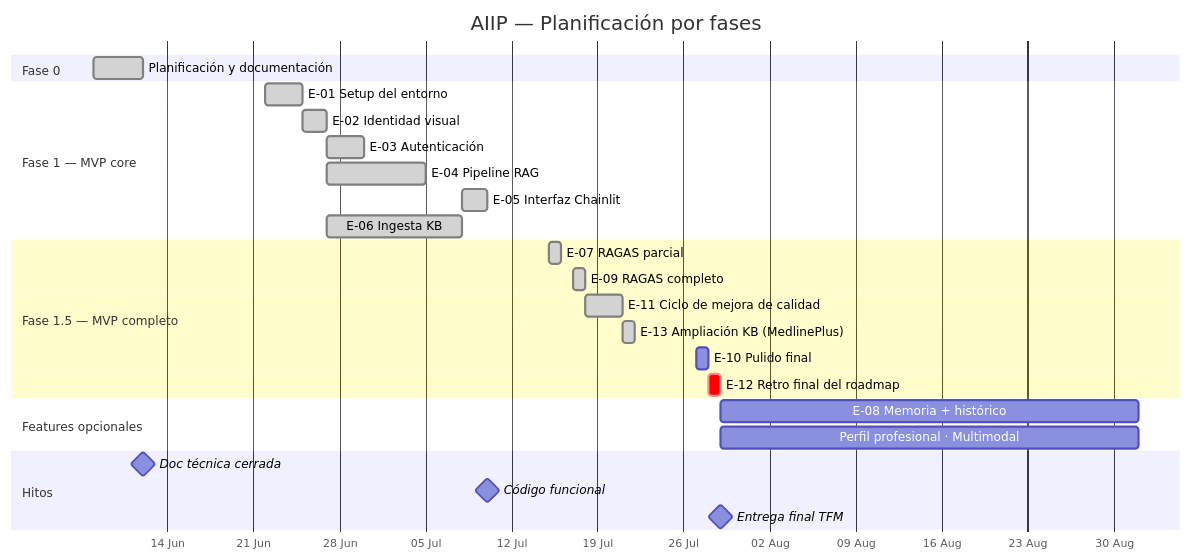
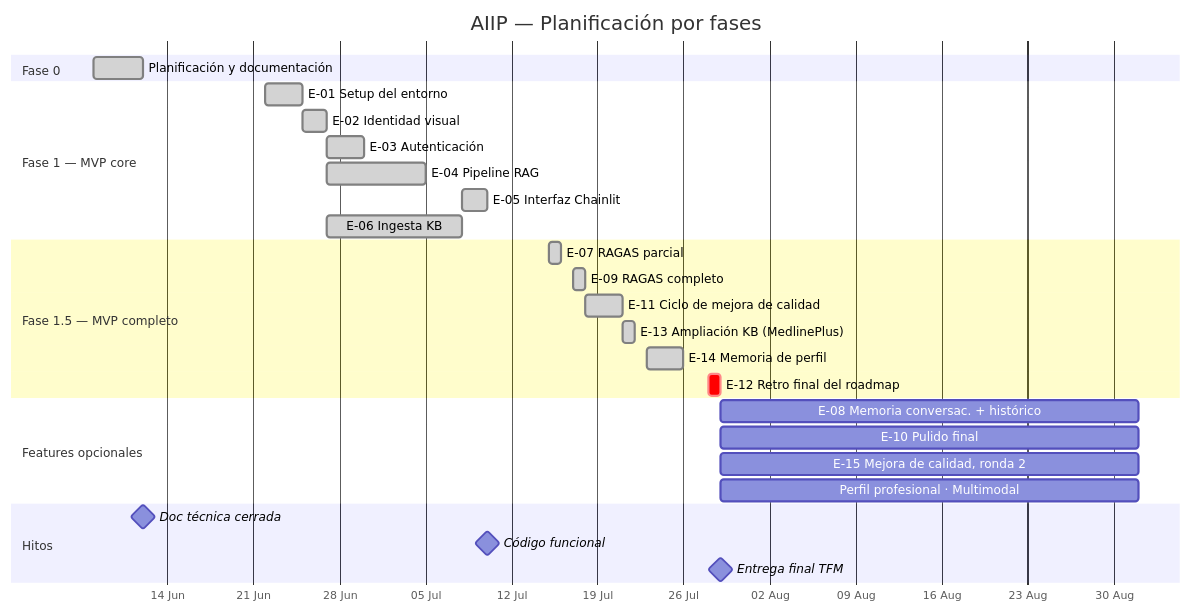
One commit to mimpho/aiip changed the diagram in README.md. Above: the diagram before and after it, drawn with Mermaid. The commit also changed other lines of this file and 51 other files, not shown here.

First line of the commit message:
feat(E-14): patient profile memory and onboarding flow (#86)

````diff
--- a/README.md
+++ b/README.md
@@ -68,34 +70,36 @@
 ```mermaid
 gantt
     title AIIP — Planificación por fases
     dateFormat  YYYY-MM-DD
     axisFormat  %d %b
 
     section Fase 0
     Planificación y documentación     :done,    f0, 2026-06-08, 2026-06-12
 
     section Fase 1 — MVP core
     E-01 Setup del entorno            :done,    e01, 2026-06-22, 2026-06-25
     E-02 Identidad visual             :done,    e02, 2026-06-25, 2026-06-27
     E-03 Autenticación                :done,    e03, 2026-06-27, 2026-06-30
     E-04 Pipeline RAG                 :done,    e04, 2026-06-27, 2026-07-05
     E-05 Interfaz Chainlit            :done,    e05, 2026-07-08, 2026-07-10
     E-06 Ingesta KB                   :done,    e06, 2026-06-27, 2026-07-08
 
     section Fase 1.5 — MVP completo
     E-07 RAGAS parcial                :done,    e07, 2026-07-15, 2026-07-16
     E-09 RAGAS completo                :done,    e09, 2026-07-17, 2026-07-18
     E-11 Ciclo de mejora de calidad   :done,    e11, 2026-07-18, 2026-07-21
     E-13 Ampliación KB (MedlinePlus)  :done,    e13, 2026-07-21, 2026-07-22
-    E-10 Pulido final                 :         e10, 2026-07-27, 2026-07-28
+    E-14 Memoria de perfil            :done,    e14, 2026-07-23, 2026-07-26
     E-12 Retro final del roadmap      :crit,    e12, 2026-07-28, 2026-07-29
 
     section Features opcionales
-    E-08 Memoria + histórico          :         e08, 2026-07-29, 2026-09-01
+    E-08 Memoria conversac. + histórico :       e08, 2026-07-29, 2026-09-01
+    E-10 Pulido final                 :         e10, 2026-07-29, 2026-09-01
+    E-15 Mejora de calidad, ronda 2   :         e15, 2026-07-29, 2026-09-01
     Perfil profesional · Multimodal   :         fo, 2026-07-29, 2026-09-01
 
     section Hitos
     Doc técnica cerrada               :milestone, 2026-06-12, 0d
     Código funcional                  :milestone, 2026-07-10, 0d
     Entrega final TFM                 :milestone, 2026-07-29, 0d
 ```
````
